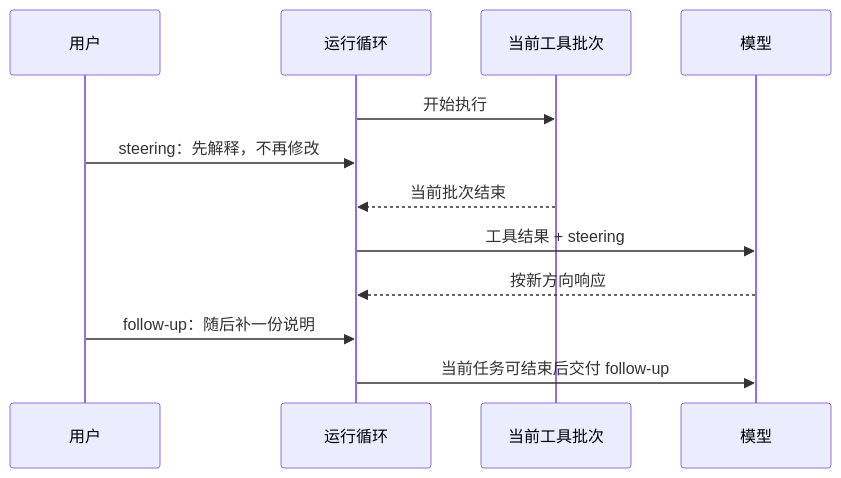
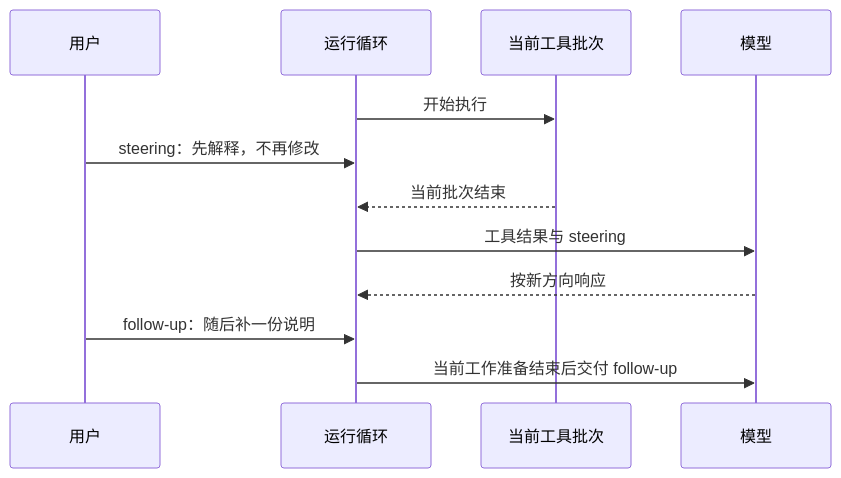
One commit to Dante-dan/pi-agent-book changed the second of 2 diagrams in book/02-runtime.md. Above: the diagram before and after it, drawn with Mermaid. The commit also changed other lines of this file and 12 other files, not shown here.

````diff
--- a/book/02-runtime.md
+++ b/book/02-runtime.md
@@ -161,14 +312,14 @@
 ```mermaid
 sequenceDiagram
   participant U as 用户
   participant R as 运行循环
   participant T as 当前工具批次
   participant M as 模型
   R->>T: 开始执行
   U->>R: steering：先解释，不再修改
   T-->>R: 当前批次结束
-  R->>M: 工具结果 + steering
+  R->>M: 工具结果与 steering
   M-->>R: 按新方向响应
   U->>R: follow-up：随后补一份说明
-  R->>M: 当前任务可结束后交付 follow-up
+  R->>M: 当前工作准备结束后交付 follow-up
 ```
````
